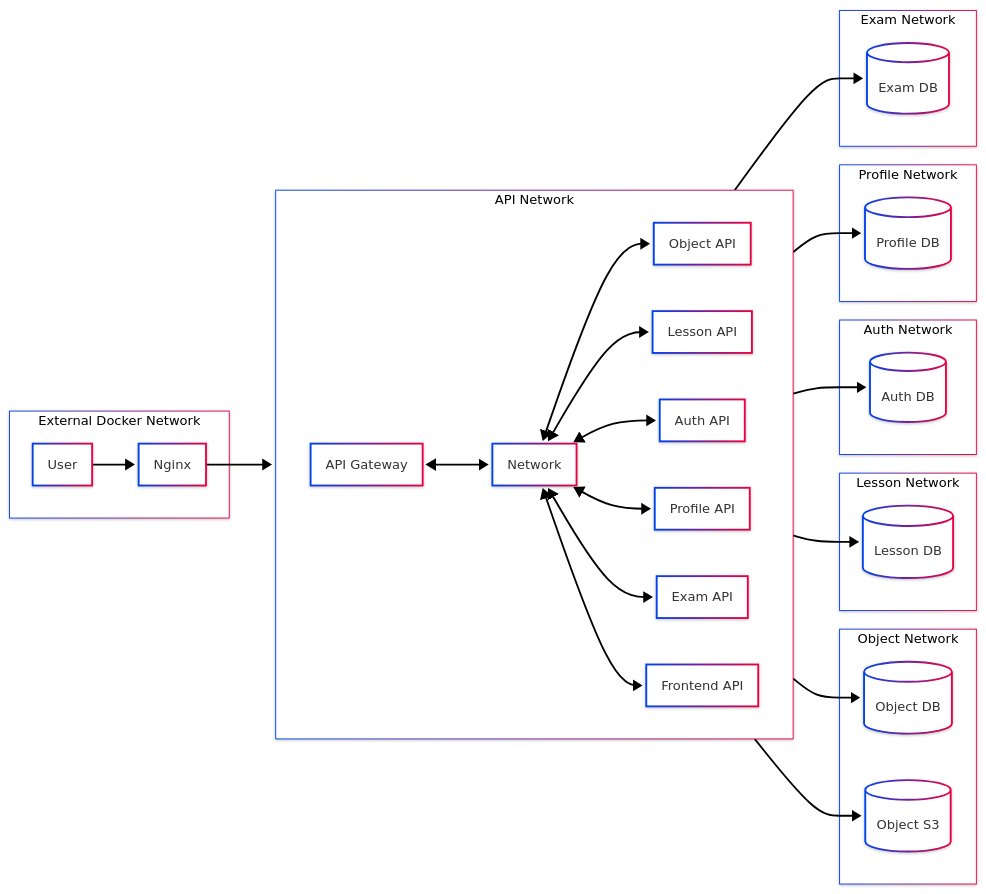
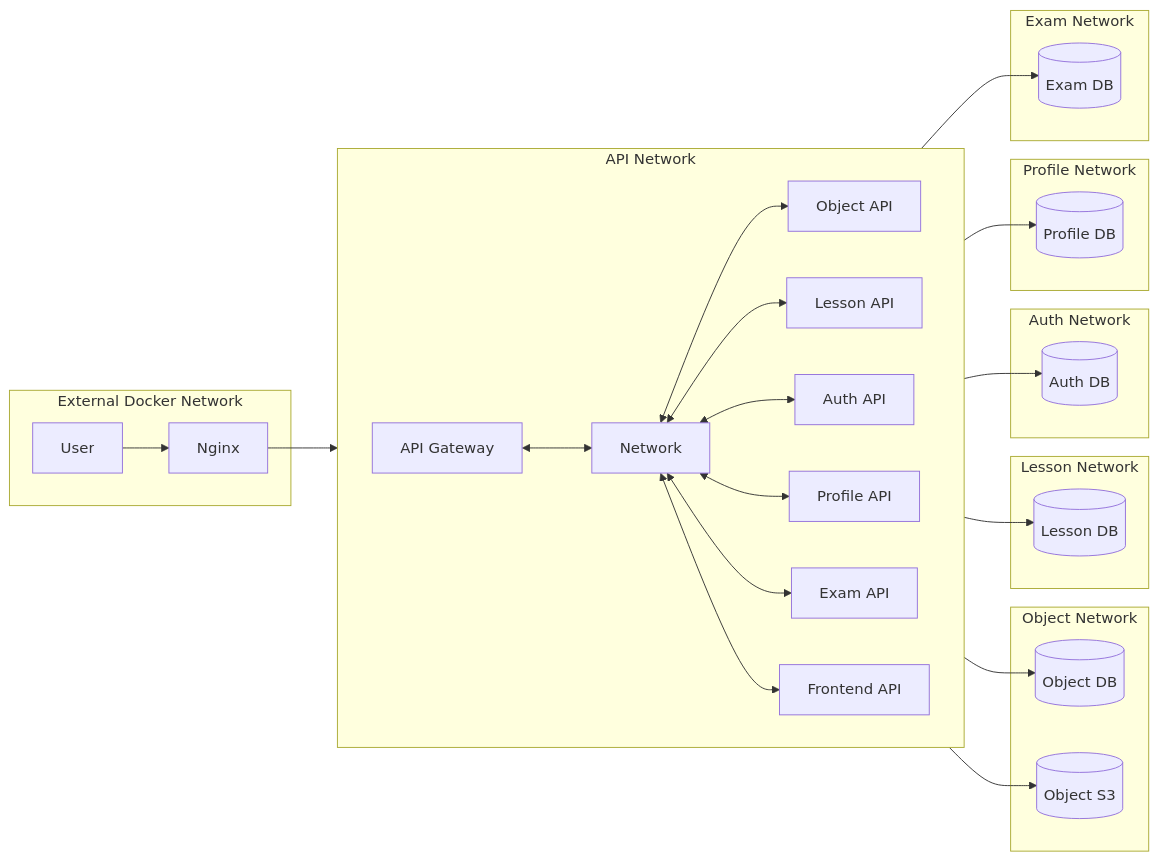
One commit to Raiders-io/Transcendence changed the diagram in docs/ARCH.md. Above: the diagram before and after it, drawn with Mermaid. The commit also changed 1 other file, not shown here.

````diff
--- a/docs/ARCH.md
+++ b/docs/ARCH.md
@@ -6,50 +6,44 @@
 ```mermaid
----
-config:
-  layout: dagre
-  theme: neo
-  look: neo
----
 flowchart LR
     subgraph s0["External Docker Network"]
         User["User"]
         Nginx["Nginx"]
     end
     subgraph s1["API Network"]
     direction LR
         GW["API Gateway"]
         Network["Network"]
         API_Frontend["Frontend API"]
         API_Auth["Auth API"]
         API_Obj["Object API"]
         API_Profile["Profile API"]
         API_Lesson["Lesson API"]
         API_Exam["Exam API"]
     end
     subgraph s2["Object Network"]
         DB_Obj[("Object DB")]
         STO_Obj[("Object S3")]
     end
     subgraph s3["Lesson Network"]
         DB_Lesson[("Lesson DB")]
     end
     subgraph s4["Auth Network"]
         DB_Auth[("Auth DB")]
     end
     subgraph s5["Profile Network"]
         DB_Profile[("Profile DB")]
     end
     subgraph s6["Exam Network"]
         DB_Exam[("Exam DB")]
     end
 
     User --> Nginx
     Nginx --> GW
     GW <--> Network
     Network <--> API_Obj & API_Lesson & API_Auth & API_Profile & API_Exam & API_Frontend
     API_Obj --> DB_Obj & STO_Obj
     API_Lesson --> DB_Lesson
     API_Auth --> DB_Auth
     API_Profile --> DB_Profile
     API_Exam --> DB_Exam
 ```
````
